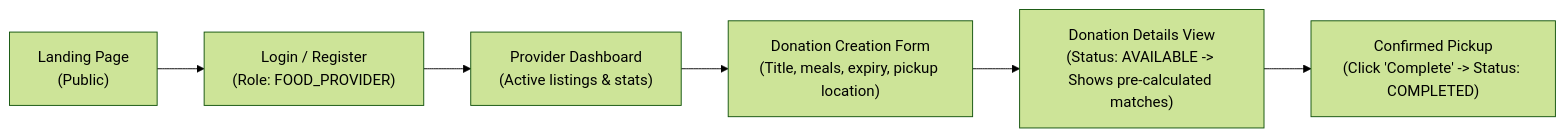
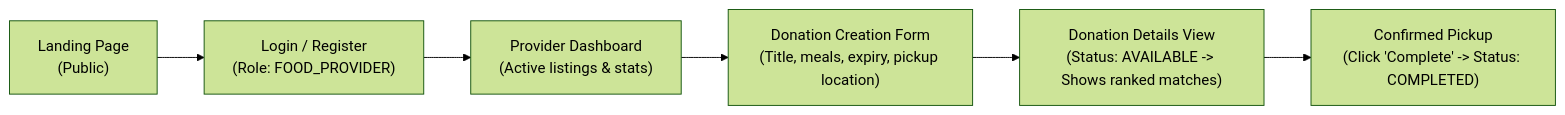
Before and after one commit to KShruti772/FoodSync-AI: the second of 4 diagrams in docs/UI_GUIDELINES.md, drawn with Mermaid (forest theme). The commit also changed other lines of this file and 18 other files, not shown here.

````diff
--- a/docs/UI_GUIDELINES.md
+++ b/docs/UI_GUIDELINES.md
@@ -105,8 +128,8 @@
 ```mermaid
 flowchart LR
     A["Landing Page\n(Public)"] --> B["Login / Register\n(Role: FOOD_PROVIDER)"]
     B --> C["Provider Dashboard\n(Active listings & stats)"]
     C --> D["Donation Creation Form\n(Title, meals, expiry, pickup location)"]
-    D --> E["Donation Details View\n(Status: AVAILABLE -> Shows pre-calculated matches)"]
+    D --> E["Donation Details View\n(Status: AVAILABLE -> Shows ranked matches)"]
     E --> F["Confirmed Pickup\n(Click 'Complete' -> Status: COMPLETED)"]
 ```
````
